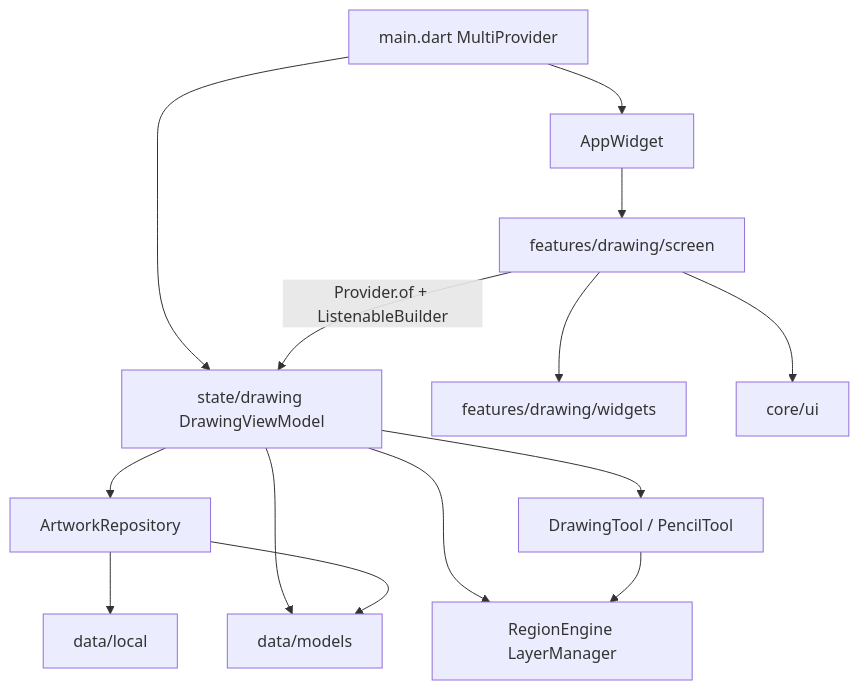
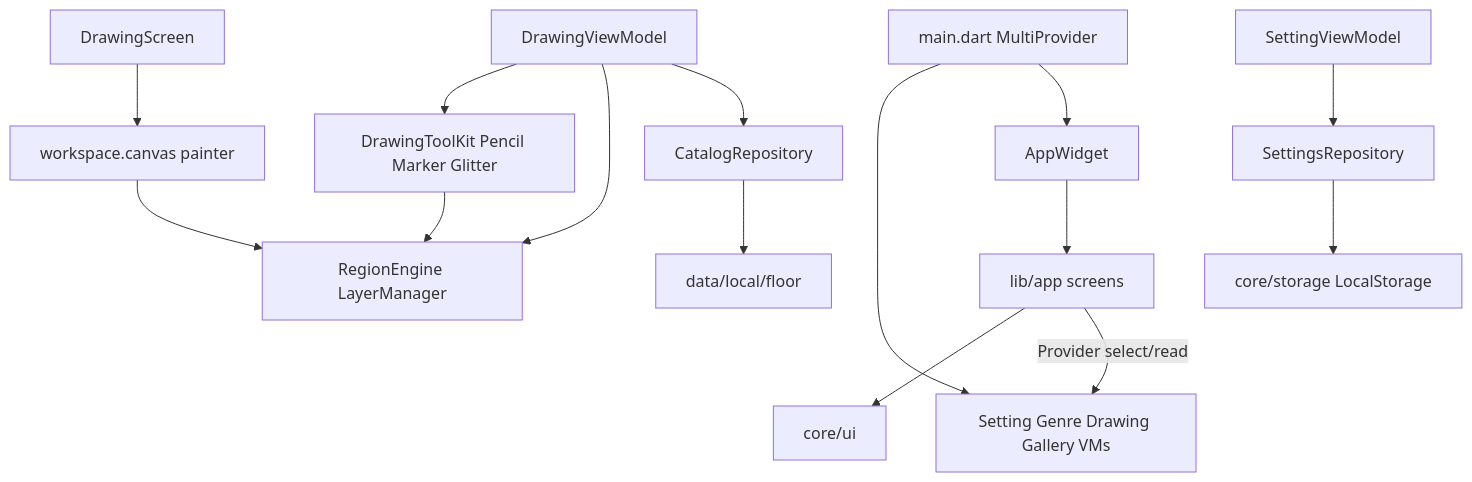
One commit to ghulamhussainjoyo/kids-drawing-app changed the diagram in docs/Architecture.md. Above: the diagram before and after it, drawn with Mermaid. The commit also changed other lines of this file and 114 other files, not shown here.

````diff
--- a/docs/Architecture.md
+++ b/docs/Architecture.md
@@ -77,16 +285,17 @@
 ```mermaid
 flowchart TD
     Main["main.dart MultiProvider"] --> AppWidget
-    Main --> ViewModel
-    AppWidget --> View
-    View["features/drawing/screen"] -->|"Provider.of + ListenableBuilder"| ViewModel["state/drawing DrawingViewModel"]
-    View --> Widgets["features/drawing/widgets"]
-    View --> CoreUi["core/ui"]
-    ViewModel --> Repository["ArtworkRepository"]
-    ViewModel --> Engine["RegionEngine LayerManager"]
-    ViewModel --> Tools["DrawingTool / PencilTool"]
+    Main --> VMs[Setting Genre Drawing Gallery VMs]
+    AppWidget --> AppRoutes["lib/app screens"]
+    AppRoutes -->|"Provider select/read"| VMs
+    DrawingVM["DrawingViewModel"] --> CatalogRepo["CatalogRepository"]
+    SettingVM["SettingViewModel"] --> SettingsRepo["SettingsRepository"]
+    DrawingVM --> Engine["RegionEngine LayerManager"]
+    DrawingVM --> Tools["DrawingToolKit Pencil Marker Glitter"]
     Tools --> Engine
-    ViewModel --> Models["data/models"]
-    Repository --> Local["data/local"]
-    Repository --> Models
+    CatalogRepo --> Floor["data/local/floor"]
+    SettingsRepo --> Prefs["core/storage LocalStorage"]
+    AppRoutes --> CoreUi["core/ui"]
+    DrawingScreen --> Workspace["workspace.canvas painter"]
+    Workspace --> Engine
 ```
````
